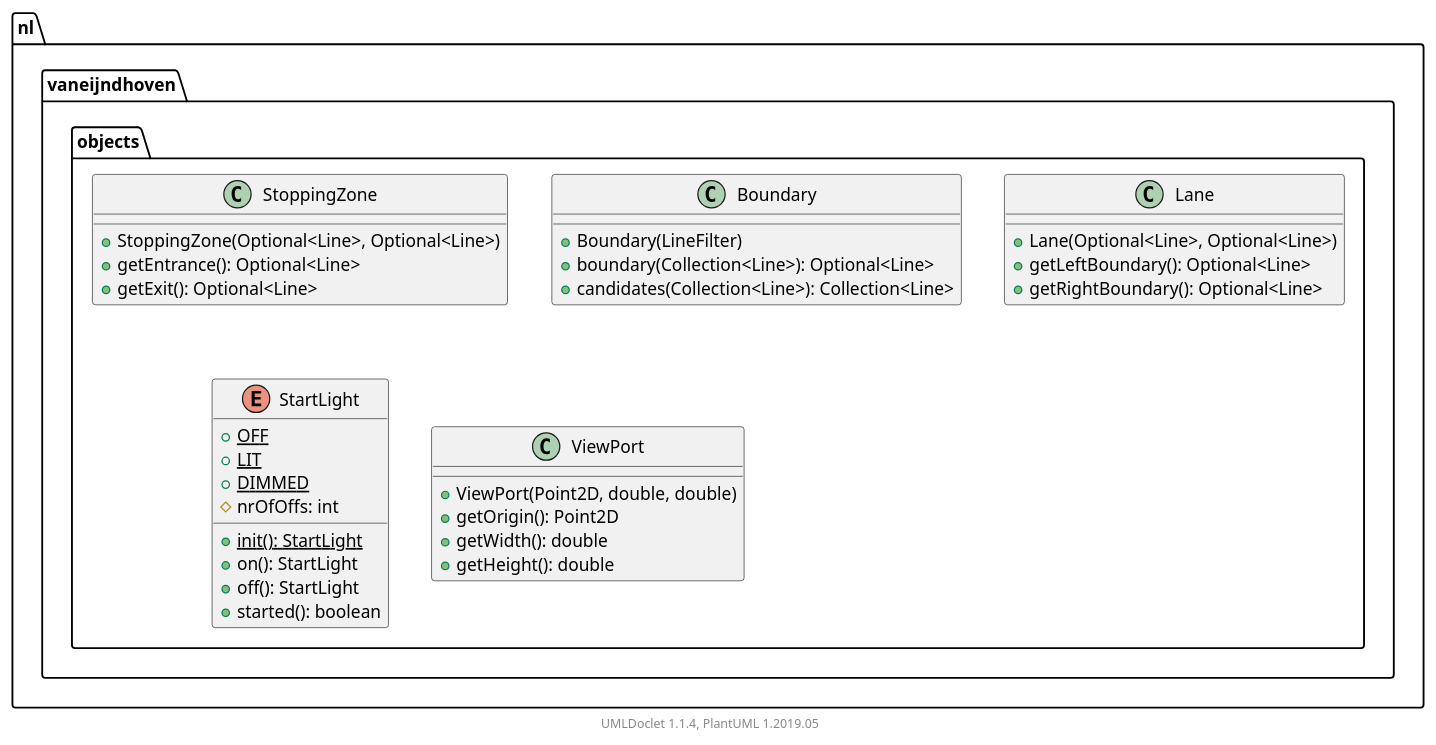
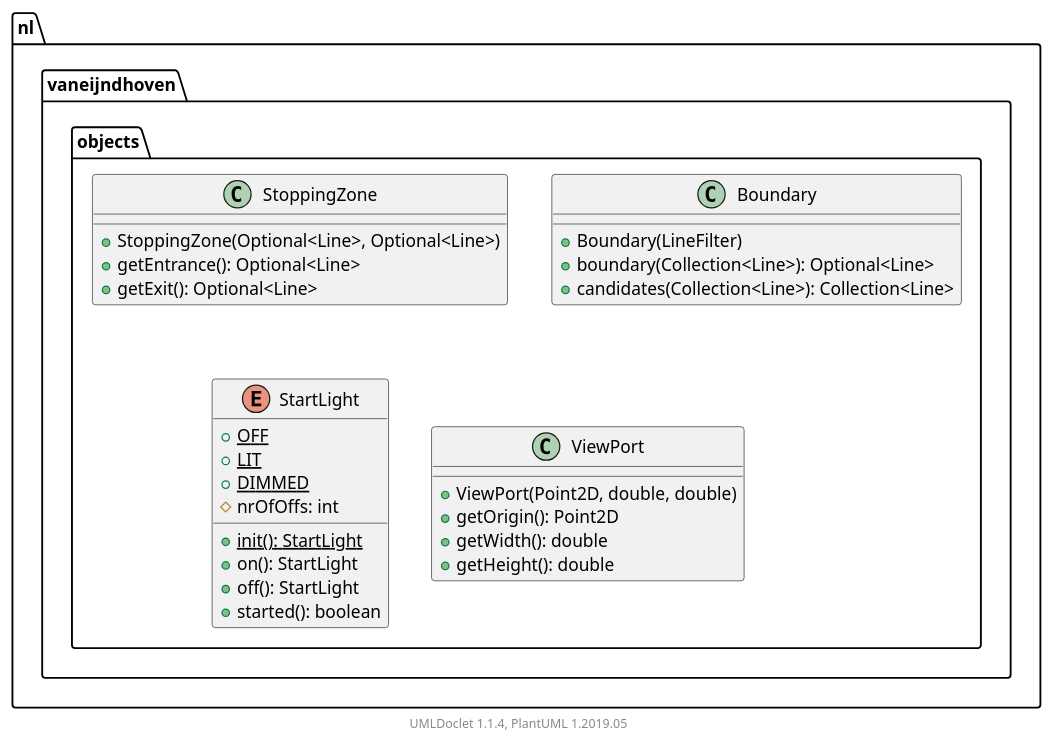
Before and after one commit to rc-dukes/dukes: the diagram in dukes/apidocs/nl/vaneijndhoven/objects/package.puml, drawn with PlantUML. The commit also changed 2213 other files, not shown here.

```diff
--- a/dukes/apidocs/nl/vaneijndhoven/objects/package.puml
+++ b/dukes/apidocs/nl/vaneijndhoven/objects/package.puml
@@ -1,45 +1,39 @@
 @startuml
 
     namespace nl.vaneijndhoven.objects {
 
         class StoppingZone [[StoppingZone.html]] {
             +StoppingZone(Optional<Line>, Optional<Line>)
             +getEntrance(): Optional<Line>
             +getExit(): Optional<Line>
         }
 
         class Boundary [[Boundary.html]] {
             +Boundary(LineFilter)
             +boundary(Collection<Line>): Optional<Line>
             +candidates(Collection<Line>): Collection<Line>
-        }
-
-        class Lane [[Lane.html]] {
-            +Lane(Optional<Line>, Optional<Line>)
-            +getLeftBoundary(): Optional<Line>
-            +getRightBoundary(): Optional<Line>
         }
 
         enum StartLight [[StartLight.html]] {
             {static} +OFF
             {static} +LIT
             {static} +DIMMED
             #nrOfOffs: int
             {static} +init(): StartLight
             +on(): StartLight
             +off(): StartLight
             +started(): boolean
         }
 
         class ViewPort [[ViewPort.html]] {
             +ViewPort(Point2D, double, double)
             +getOrigin(): Point2D
             +getWidth(): double
             +getHeight(): double
         }
 
     }
 
 
     center footer UMLDoclet 1.1.4, PlantUML 1.2019.05
 @enduml
```
